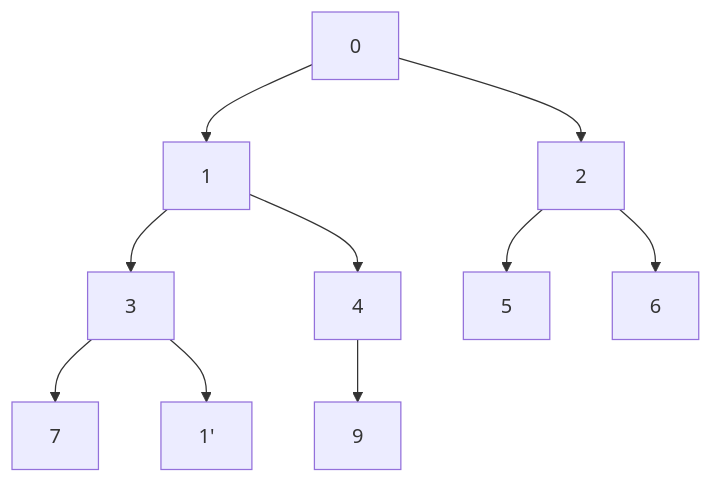
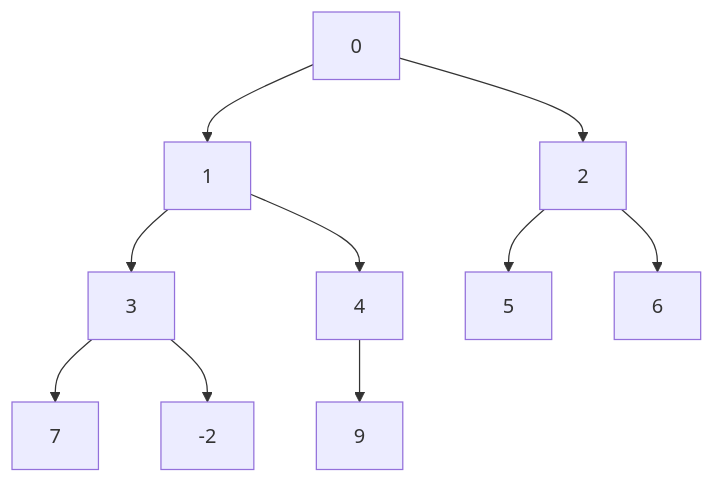
One commit to alkasher/Binary_Heap changed the second of 4 diagrams in README.md. Above: the diagram before and after it, drawn with Mermaid. The commit also changed other lines of this file, not shown here.

````diff
--- a/README.md
+++ b/README.md
@@ -22,12 +22,12 @@
 ```mermaid
 graph TD;
     0-->1;
     0-->2;
     1-->3;
     1-->4;
     2-->5;
     2-->6;
     3-->7;
-    3-->1';
+    3-->-2;
     4-->9;
 ```
````
